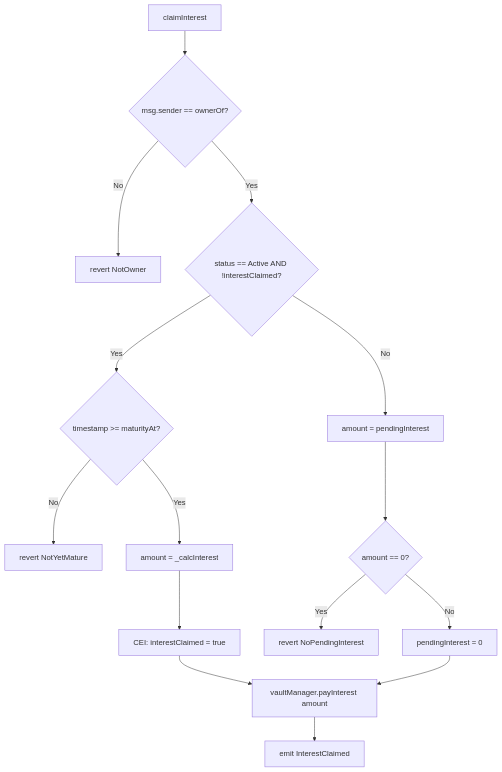
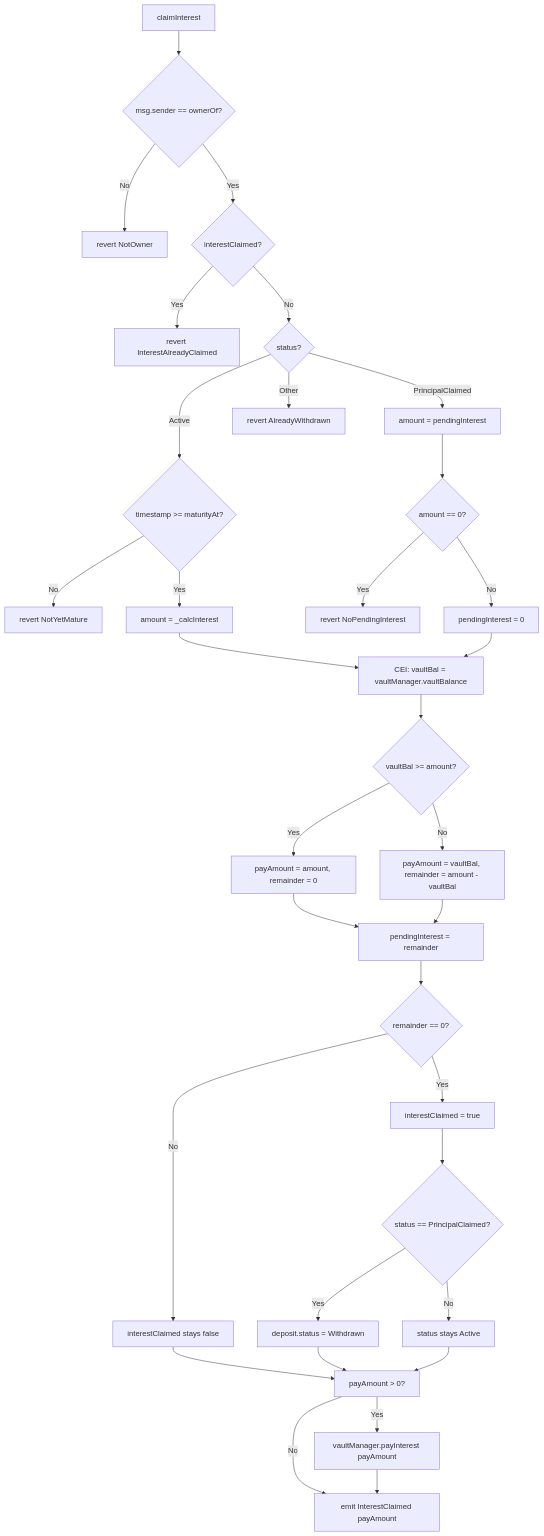
Before and after one commit to yang-sin-pal/AC_BlockChain_Online_Saving: the fourth of 8 diagrams in docs/Reports/bugs/state-machine-status.md, drawn with Mermaid. The commit also changed other lines of this file and 7 other files, not shown here.

````diff
--- a/docs/Reports/bugs/state-machine-status.md
+++ b/docs/Reports/bugs/state-machine-status.md
@@ -212,20 +186,39 @@
 ```mermaid
 flowchart TD
     A[claimInterest] --> B{msg.sender == ownerOf?}
     B -- No --> R1[revert NotOwner]
-    B -- Yes --> C{status == Active AND !interestClaimed?}
+    B -- Yes --> C{interestClaimed?}
+    C -- Yes --> R2[revert InterestAlreadyClaimed]
+    C -- No --> D{status?}
 
-    C -- Yes --> D{timestamp >= maturityAt?}
-    D -- No --> R2[revert NotYetMature]
-    D -- Yes --> E[amount = _calcInterest]
-    E --> F[CEI: interestClaimed = true]
+    D -- Active --> E{timestamp >= maturityAt?}
+    E -- No --> R3[revert NotYetMature]
+    E -- Yes --> F[amount = _calcInterest]
 
-    C -- No --> G[amount = pendingInterest]
+    D -- PrincipalClaimed --> G[amount = pendingInterest]
     G --> H{amount == 0?}
-    H -- Yes --> R3[revert NoPendingInterest]
+    H -- Yes --> R4[revert NoPendingInterest]
     H -- No --> I[pendingInterest = 0]
 
-    F --> J[vaultManager.payInterest amount]
+    D -- Other --> R5[revert AlreadyWithdrawn]
+
+    F --> J[CEI: vaultBal = vaultManager.vaultBalance]
     I --> J
-    J --> K[emit InterestClaimed]
+    J --> K{vaultBal >= amount?}
+    K -- Yes --> L[payAmount = amount, remainder = 0]
+    K -- No --> M[payAmount = vaultBal, remainder = amount - vaultBal]
+    L --> N[pendingInterest = remainder]
+    M --> N
+    N --> O{remainder == 0?}
+    O -- Yes --> P[interestClaimed = true]
+    O -- No --> Q[interestClaimed stays false]
+    P --> R{status == PrincipalClaimed?}
+    R -- Yes --> S[deposit.status = Withdrawn]
+    R -- No --> T[status stays Active]
+    Q --> U[payAmount > 0?]
+    S --> U
+    T --> U
+    U -- Yes --> V[vaultManager.payInterest payAmount]
+    U -- No --> W[emit InterestClaimed payAmount]
+    V --> W
 ```
````
